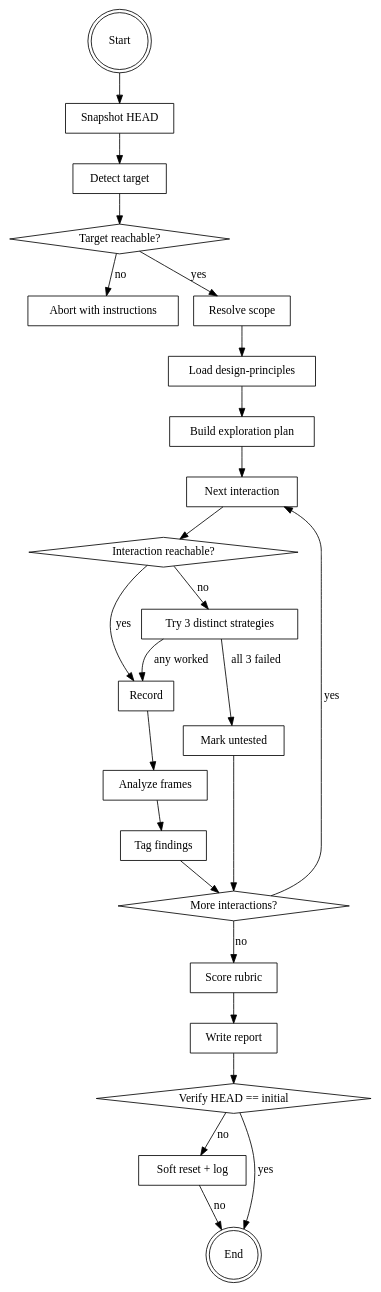
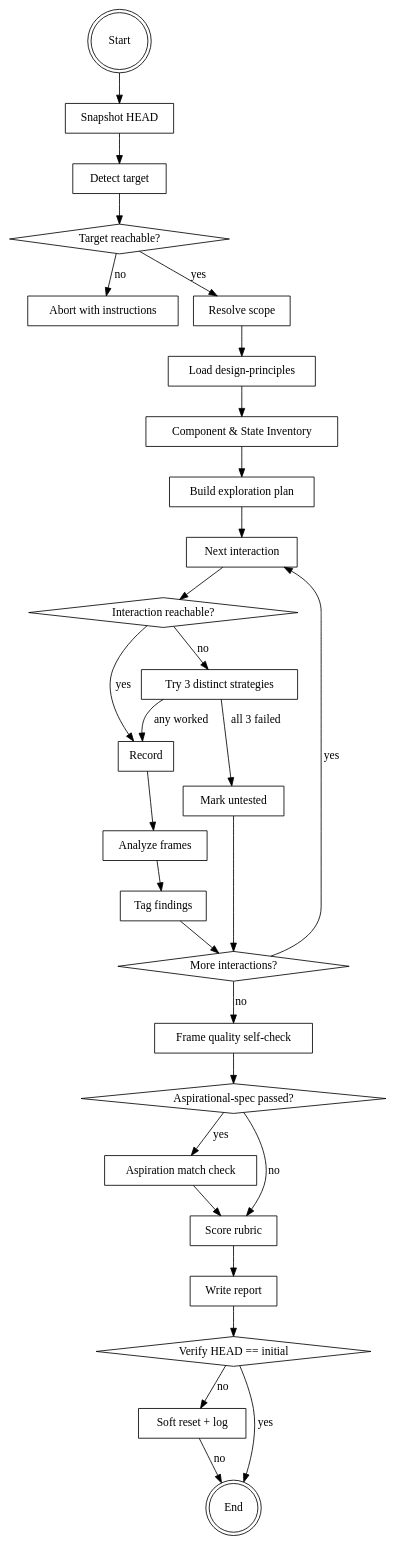
One commit to AlexandreCamillo/skills changed the diagram in visual-qa/SKILL.md. Above: the diagram before and after it, drawn with Graphviz. The commit also changed other lines of this file and 3 other files, not shown here.

First line of the commit message:
feat(visual-qa): add component & state inventory, 5-frame transitions, aspiration_match check

````diff
--- a/visual-qa/SKILL.md
+++ b/visual-qa/SKILL.md
@@ -74,42 +139,50 @@
 ```dot
 digraph visual_qa {
     "Start" [shape=doublecircle];
     "Snapshot HEAD" [shape=box];
     "Detect target" [shape=box];
     "Target reachable?" [shape=diamond];
     "Abort with instructions" [shape=box];
     "Resolve scope" [shape=box];
     "Load design-principles" [shape=box];
+    "Component & State Inventory" [shape=box];
     "Build exploration plan" [shape=box];
     "Next interaction" [shape=box];
     "Record" [shape=box];
+    "Frame quality self-check" [shape=box];
     "Analyze frames" [shape=box];
     "Interaction reachable?" [shape=diamond];
     "Try 3 distinct strategies" [shape=box];
     "Mark untested" [shape=box];
     "Tag findings" [shape=box];
     "More interactions?" [shape=diamond];
+    "Aspirational-spec passed?" [shape=diamond];
+    "Aspiration match check" [shape=box];
     "Score rubric" [shape=box];
     "Write report" [shape=box];
     "Verify HEAD == initial" [shape=diamond];
     "Soft reset + log" [shape=box];
     "End" [shape=doublecircle];
 
     "Start" -> "Snapshot HEAD" -> "Detect target" -> "Target reachable?";
     "Target reachable?" -> "Abort with instructions" [label="no"];
     "Target reachable?" -> "Resolve scope" [label="yes"];
-    "Resolve scope" -> "Load design-principles" -> "Build exploration plan" -> "Next interaction";
+    "Resolve scope" -> "Load design-principles" -> "Component & State Inventory" -> "Build exploration plan" -> "Next interaction";
     "Next interaction" -> "Interaction reachable?";
     "Interaction reachable?" -> "Record" [label="yes"];
     "Interaction reachable?" -> "Try 3 distinct strategies" [label="no"];
     "Try 3 distinct strategies" -> "Record" [label="any worked"];
     "Try 3 distinct strategies" -> "Mark untested" [label="all 3 failed"];
     "Record" -> "Analyze frames" -> "Tag findings" -> "More interactions?";
     "Mark untested" -> "More interactions?";
     "More interactions?" -> "Next interaction" [label="yes"];
-    "More interactions?" -> "Score rubric" [label="no"];
+    "More interactions?" -> "Frame quality self-check" [label="no"];
+    "Frame quality self-check" -> "Aspirational-spec passed?";
+    "Aspirational-spec passed?" -> "Aspiration match check" [label="yes"];
+    "Aspirational-spec passed?" -> "Score rubric" [label="no"];
+    "Aspiration match check" -> "Score rubric";
     "Score rubric" -> "Write report" -> "Verify HEAD == initial";
     "Verify HEAD == initial" -> "End" [label="yes"];
     "Verify HEAD == initial" -> "Soft reset + log" -> "End" [label="no"];
 }
 ```
````
